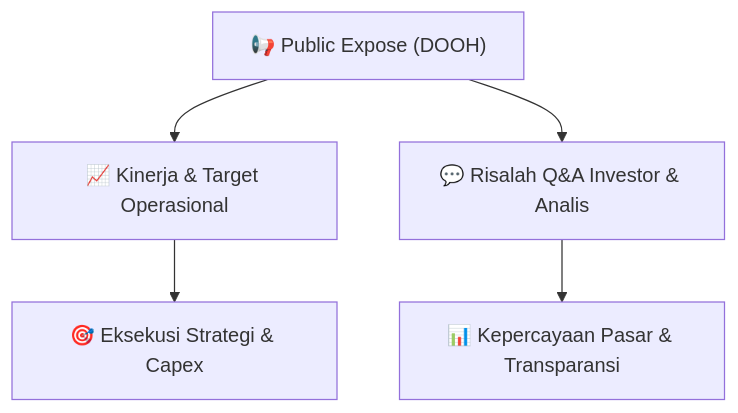
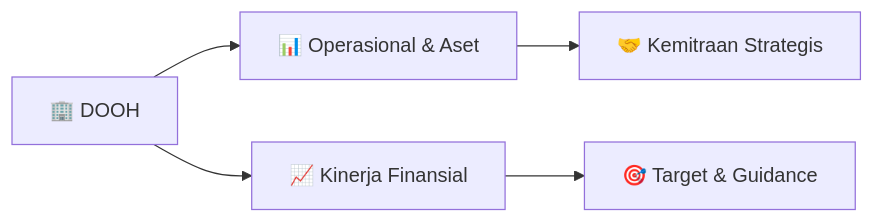
One commit to anYoneo/alphadigest-idx changed the diagram in Finplan_analyst/knowledge-base/public-exposes/informasi-pubex/DOOH_Public_Expose_20260827.md. Above: the diagram before and after it, drawn with Mermaid. The commit also changed other lines of this file and 526 other files, not shown here.

````diff
--- a/Finplan_analyst/knowledge-base/public-exposes/informasi-pubex/DOOH_Public_Expose_20260827.md
+++ b/Finplan_analyst/knowledge-base/public-exposes/informasi-pubex/DOOH_Public_Expose_20260827.md
@@ -42,7 +46,7 @@
 ```mermaid
-flowchart TD
-    A["📢 Public Expose (DOOH)"] --> B["📈 Kinerja & Target Operasional"]
-    A --> C["💬 Risalah Q&A Investor & Analis"]
-    B --> D["🎯 Eksekusi Strategi & Capex"]
-    C --> E["📊 Kepercayaan Pasar & Transparansi"]
+flowchart LR
+    A["🏢 DOOH"] --> B["📊 Operasional & Aset"]
+    A --> C["📈 Kinerja Finansial"]
+    B --> D["🤝 Kemitraan Strategis"]
+    C --> E["🎯 Target & Guidance"]
 ```
````
